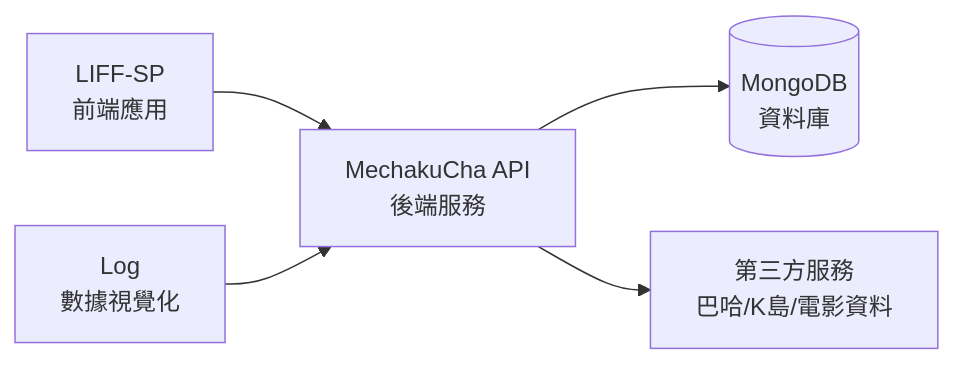
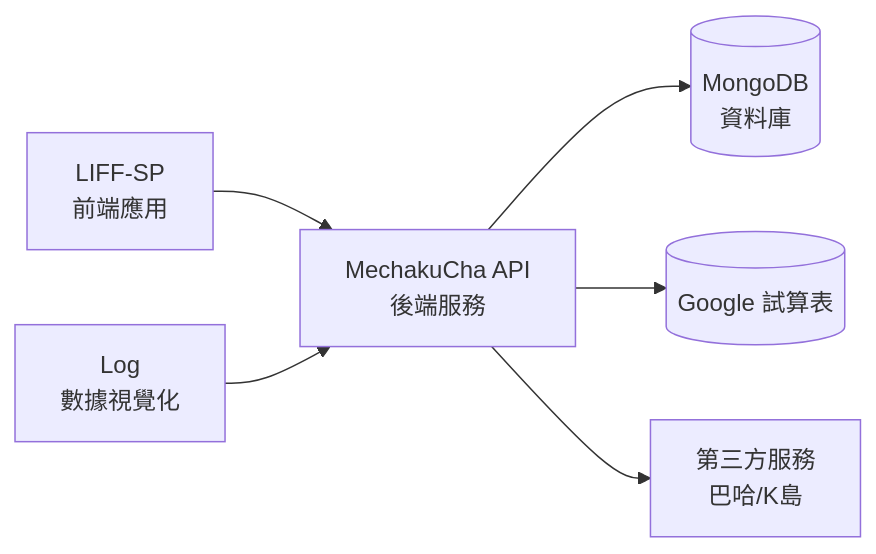
Before and after one commit to clipwww/personal: the diagram in docs/side-projects.md, drawn with Mermaid.

Commit message:
feat(side-projects): 更新數據視覺化架構，新增 Google 試算表整合

````diff
--- a/docs/side-projects.md
+++ b/docs/side-projects.md
@@ -136,7 +136,8 @@
 ```mermaid
 graph LR
     A[LIFF-SP<br/>前端應用] --> B[MechakuCha API<br/>後端服務]
     C[Log<br/>數據視覺化] --> B
     B --> D[(MongoDB<br/>資料庫)]
-    B --> E[第三方服務<br/>巴哈/K島/電影資料]
+    B --> F[(Google 試算表)]
+    B --> E[第三方服務<br/>巴哈/K島]
 ```
````
